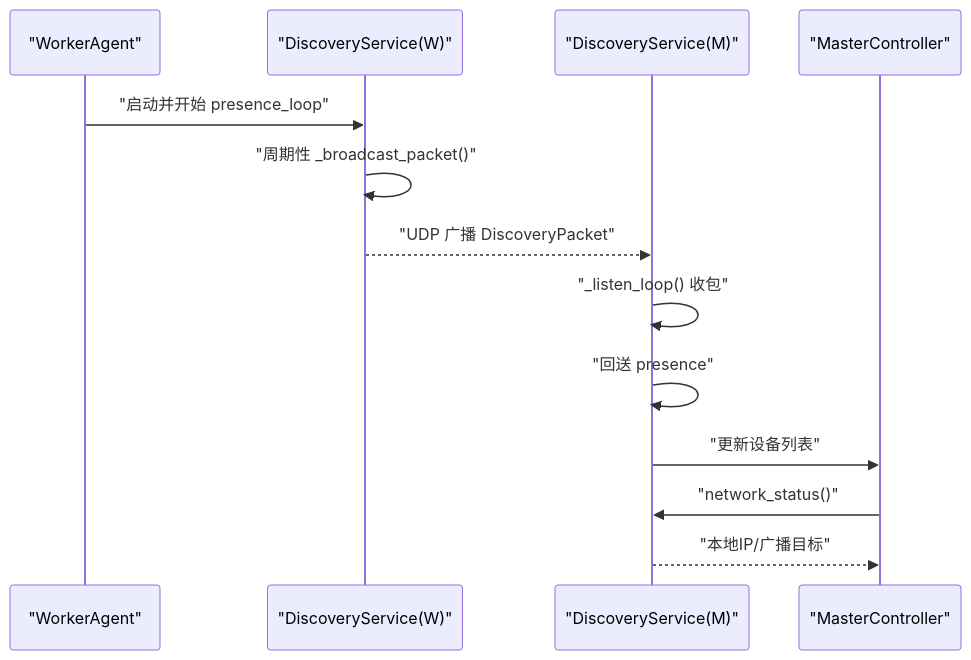
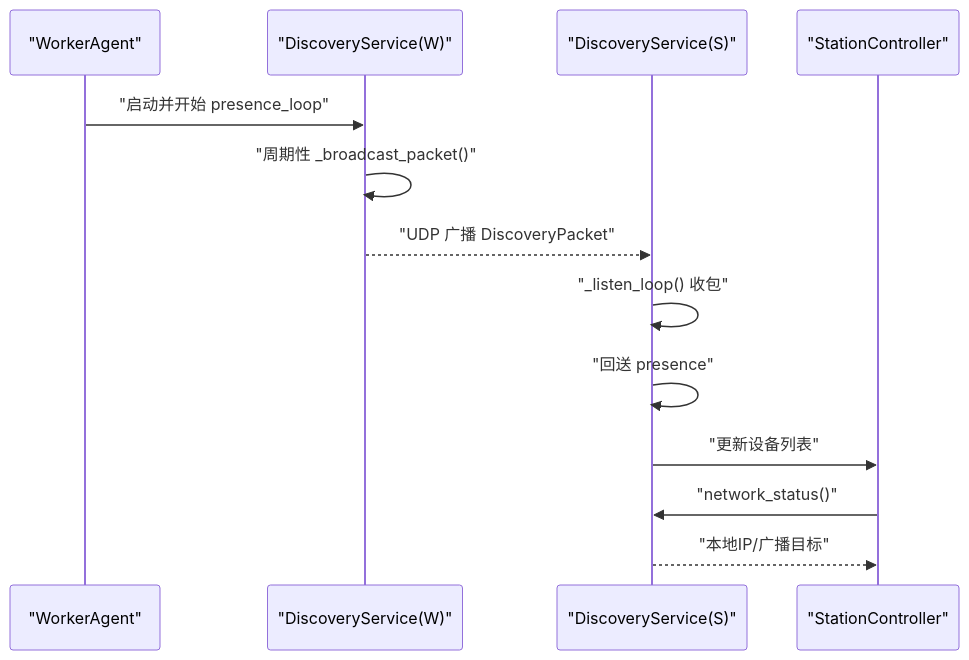
The third of 11 diagrams in .qoder/repowiki/zh/content/核心模块/核心模块.md (targalian/Personal-distributed-workstation), drawn with Mermaid before and after one commit. The commit also changed other lines of this file and 69 other files, not shown here.

````diff
--- a/.qoder/repowiki/zh/content/核心模块/核心模块.md
+++ b/.qoder/repowiki/zh/content/核心模块/核心模块.md
@@ -201,15 +225,15 @@
 ```mermaid
 sequenceDiagram
 participant Worker as "WorkerAgent"
 participant DiscW as "DiscoveryService(W)"
-participant DiscM as "DiscoveryService(M)"
-participant Master as "MasterController"
+participant DiscS as "DiscoveryService(S)"
+participant Station as "StationController"
 Worker->>DiscW : "启动并开始 presence_loop"
 DiscW->>DiscW : "周期性 _broadcast_packet()"
-DiscW-->>DiscM : "UDP 广播 DiscoveryPacket"
-DiscM->>DiscM : "_listen_loop() 收包"
-DiscM->>DiscM : "回送 presence"
-DiscM->>Master : "更新设备列表"
-Master->>DiscM : "network_status()"
-DiscM-->>Master : "本地IP/广播目标"
+DiscW-->>DiscS : "UDP 广播 DiscoveryPacket"
+DiscS->>DiscS : "_listen_loop() 收包"
+DiscS->>DiscS : "回送 presence"
+DiscS->>Station : "更新设备列表"
+Station->>DiscS : "network_status()"
+DiscS-->>Station : "本地IP/广播目标"
 ```
````
